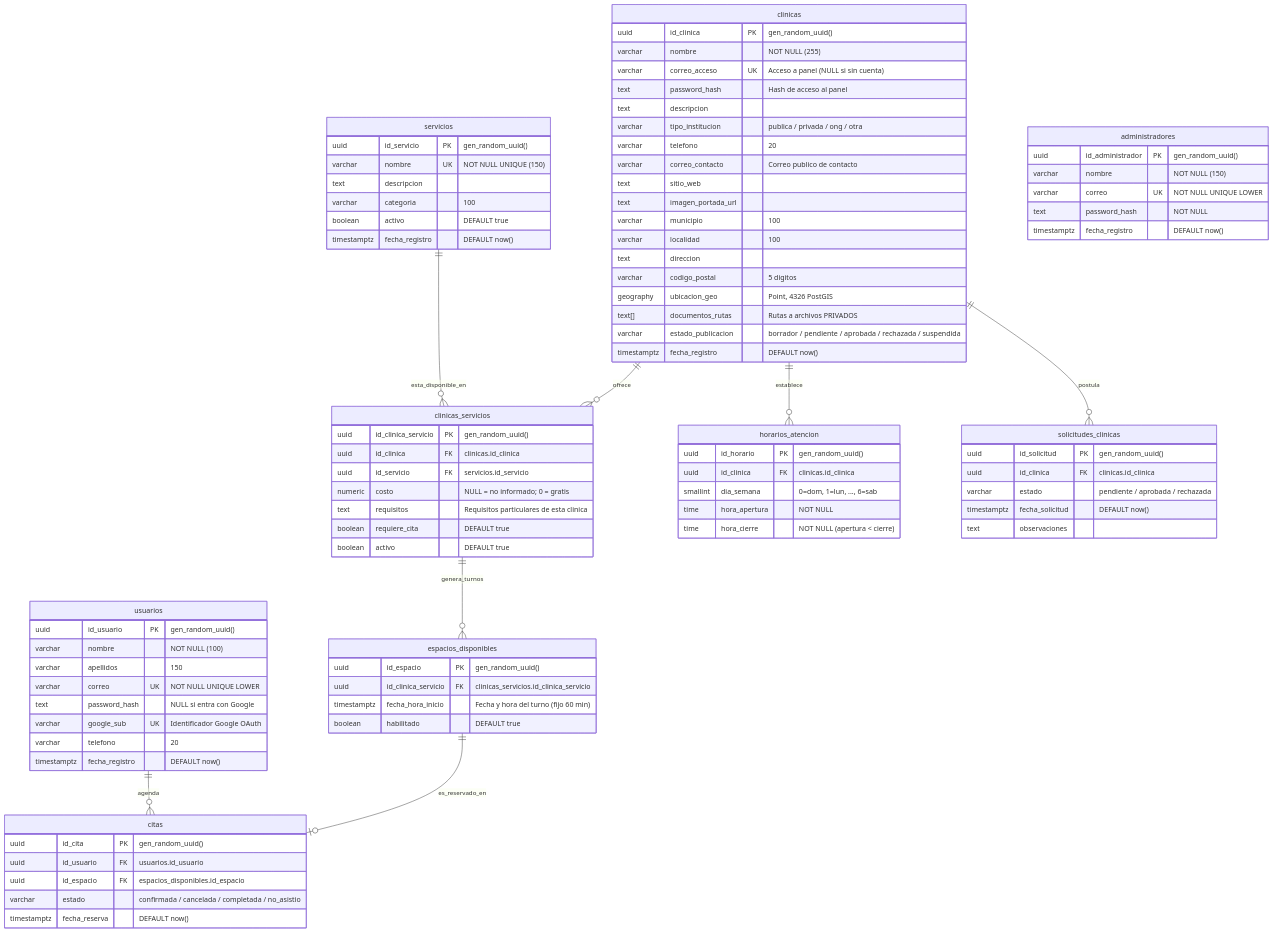
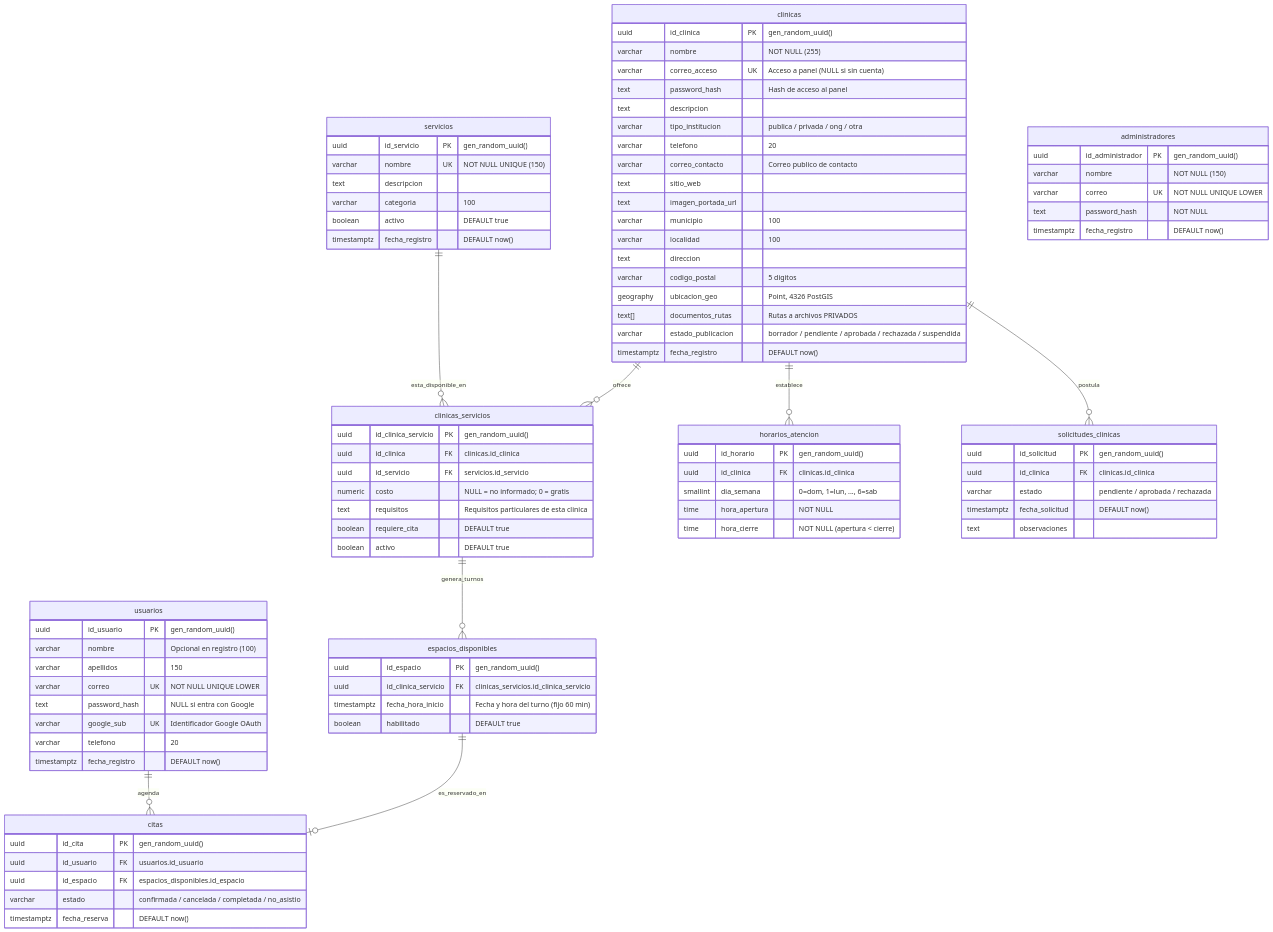
Before and after one commit to pazivan/Punt_Oax.: the diagram in docs/MODELO_DATOS_Y_AUTENTICACION.md, drawn with Mermaid. The commit also changed other lines of this file and 2 other files, not shown here.

Commit message:
fix(db): permitir nombre nulo en usuarios para registro progresivo

```diff
--- a/docs/MODELO_DATOS_Y_AUTENTICACION.md
+++ b/docs/MODELO_DATOS_Y_AUTENTICACION.md
@@ -34,7 +34,7 @@
 
     usuarios {
         uuid id_usuario PK "gen_random_uuid()"
-        varchar nombre "NOT NULL (100)"
+        varchar nombre "Opcional en registro (100)"
         varchar apellidos "150"
         varchar correo UK "NOT NULL UNIQUE LOWER"
         text password_hash "NULL si entra con Google"
```
